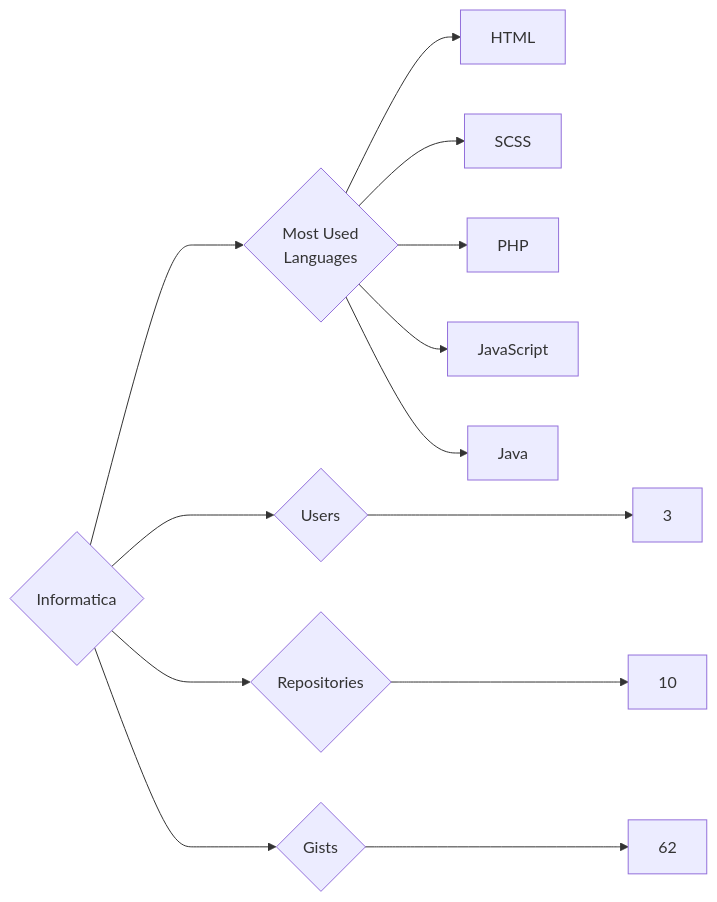
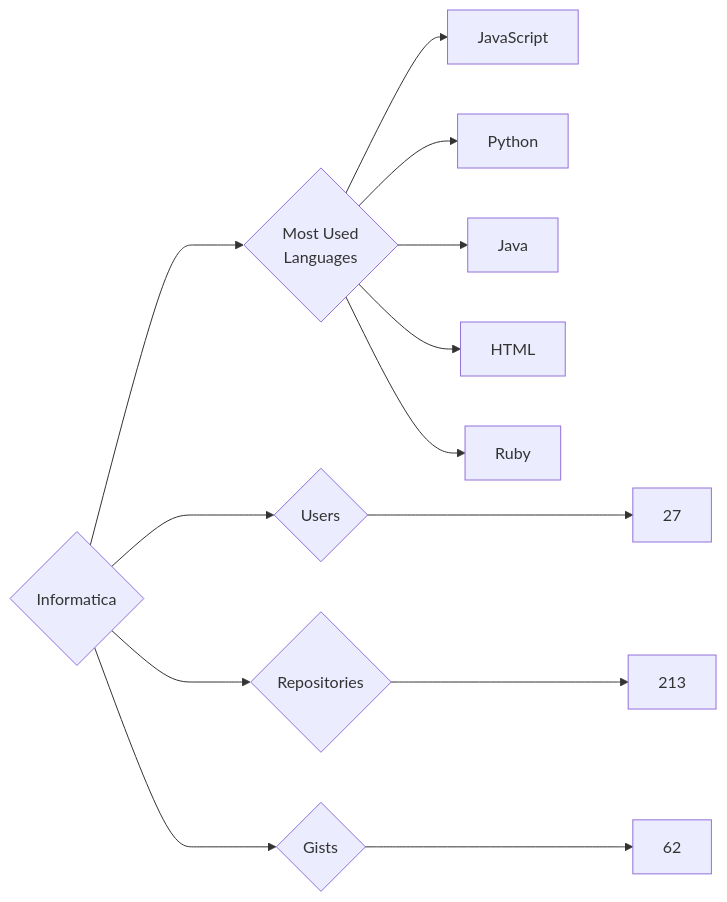
Before and after one commit to trickest/insiders: the diagram in targets/Informatica/README.md, drawn with Mermaid. The commit also changed 899 other files, not shown here.

````diff
--- a/targets/Informatica/README.md
+++ b/targets/Informatica/README.md
@@ -3,13 +3,13 @@
 ```mermaid
 graph LR
 COMPANY_NAME{Informatica}
-COMPANY_NAME ---> U{Users} ---> UN[3]
-COMPANY_NAME ---> R{Repositories} ---> RN[10]
+COMPANY_NAME ---> U{Users} ---> UN[27]
+COMPANY_NAME ---> R{Repositories} ---> RN[213]
 COMPANY_NAME ---> G{Gists} ---> GN[62]
 COMPANY_NAME ---> ML{Most Used<br>Languages}
+ML --> JavaScript[JavaScript]
+ML --> Python[Python]
+ML --> Java[Java]
 ML --> HTML[HTML]
-ML --> SCSS[SCSS]
-ML --> PHP[PHP]
-ML --> JavaScript[JavaScript]
-ML --> Java[Java]
+ML --> Ruby[Ruby]
 ```
````
